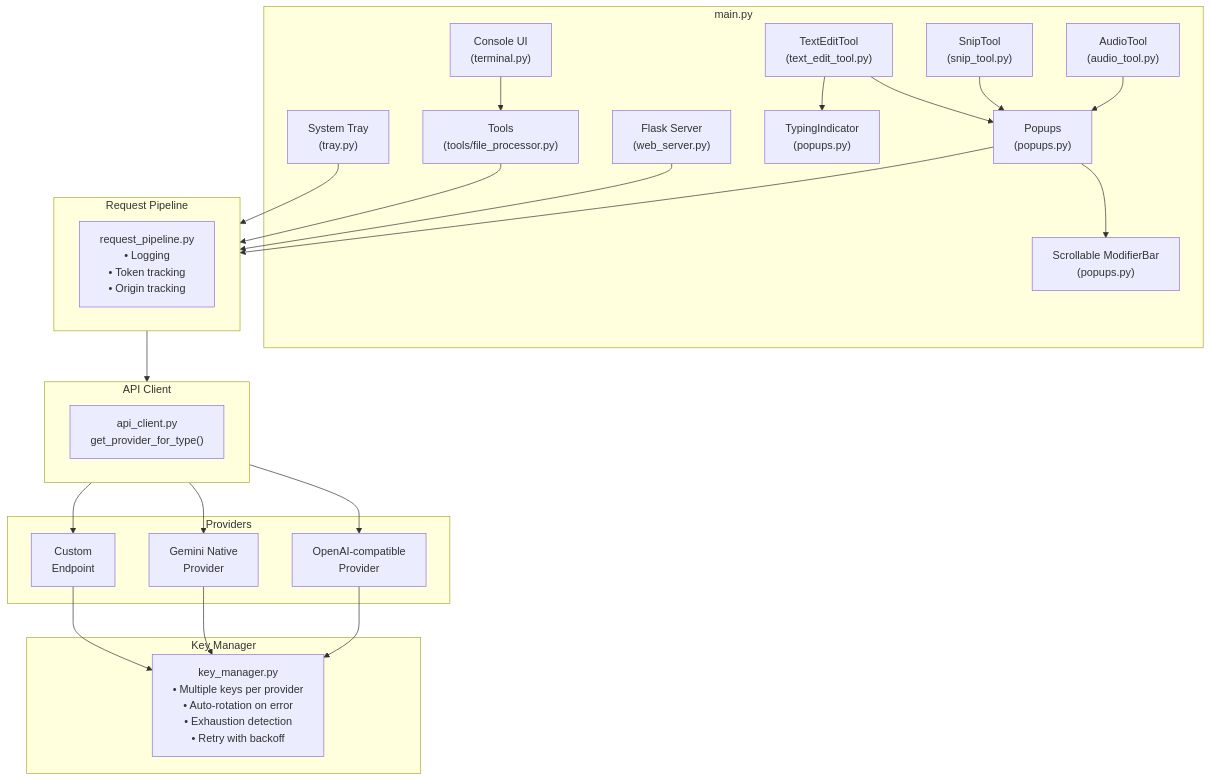
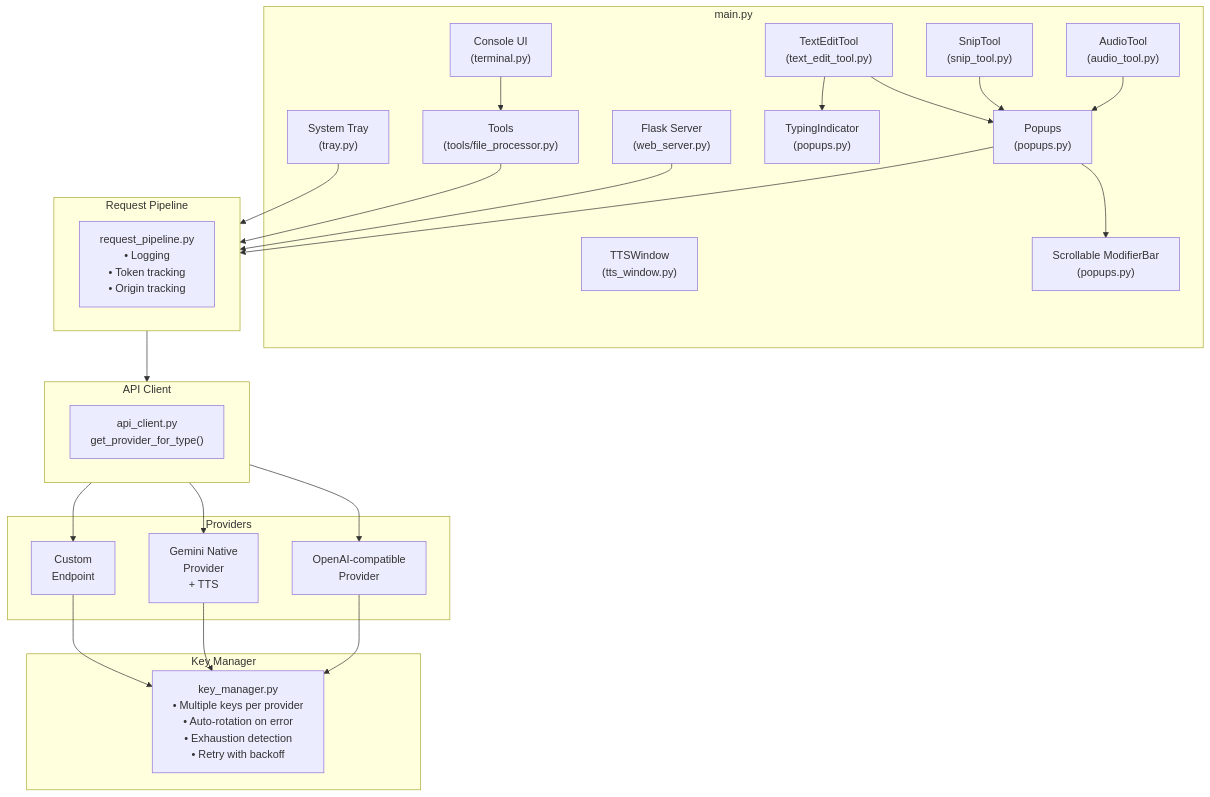
The first of 2 diagrams in docs/ARCHITECTURE.md (zaxx-q/AIPromptBridge), drawn with Mermaid before and after one commit. The commit also changed other lines of this file and 2 other files, not shown here.

First line of the commit message:
docs: document the new Text-to-Speech (TTS) feature

````diff
--- a/docs/ARCHITECTURE.md
+++ b/docs/ARCHITECTURE.md
@@ -21,51 +22,52 @@
 ```mermaid
 flowchart TB
     subgraph Main["main.py"]
         Tray["System Tray<br/>(tray.py)"]
         Console["Console UI<br/>(terminal.py)"]
         Tools["Tools<br/>(tools/file_processor.py)"]
         Flask["Flask Server<br/>(web_server.py)"]
         TET["TextEditTool<br/>(text_edit_tool.py)"]
         Snip["SnipTool<br/>(snip_tool.py)"]
         Audio["AudioTool<br/>(audio_tool.py)"]
+        TTS["TTSWindow<br/>(tts_window.py)"]
         Popups["Popups<br/>(popups.py)"]
         Modifiers["Scrollable ModifierBar<br/>(popups.py)"]
         TypingInd["TypingIndicator<br/>(popups.py)"]
     end
     
     subgraph Pipeline["Request Pipeline"]
         RP["request_pipeline.py<br/>• Logging<br/>• Token tracking<br/>• Origin tracking"]
     end
     
     subgraph APIClient["API Client"]
         AC["api_client.py<br/>get_provider_for_type()"]
     end
     
     subgraph Providers["Providers"]
         OAI["OpenAI-compatible<br/>Provider"]
-        Gemini["Gemini Native<br/>Provider"]
+        Gemini["Gemini Native<br/>Provider<br/>+ TTS"]
         Custom["Custom<br/>Endpoint"]
     end
     
     subgraph KeyMgr["Key Manager"]
         KM["key_manager.py<br/>• Multiple keys per provider<br/>• Auto-rotation on error<br/>• Exhaustion detection<br/>• Retry with backoff"]
     end
     
     Tray --> Pipeline
     Flask --> Pipeline
     Console --> Tools
     Tools --> Pipeline
     TET --> Popups
     Snip --> Popups
     Audio --> Popups
     Popups --> Modifiers
     TET --> TypingInd
     Popups --> Pipeline
     Pipeline --> APIClient
     APIClient --> OAI
     APIClient --> Gemini
     APIClient --> Custom
     OAI --> KM
     Gemini --> KM
     Custom --> KM
 ```
````
